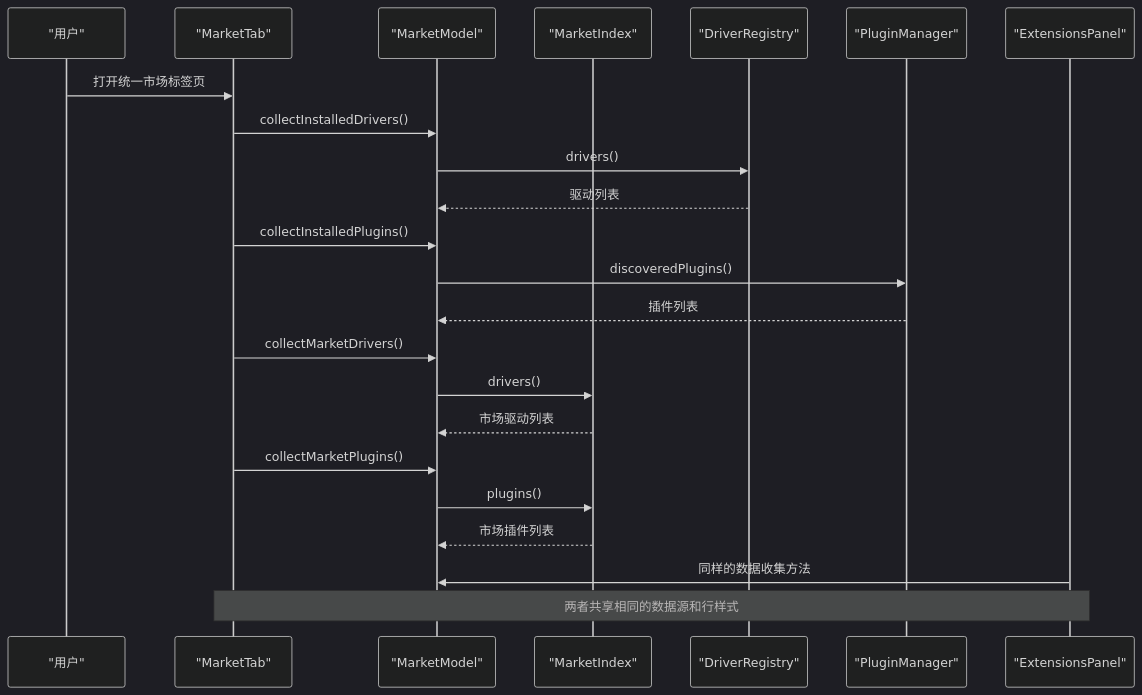
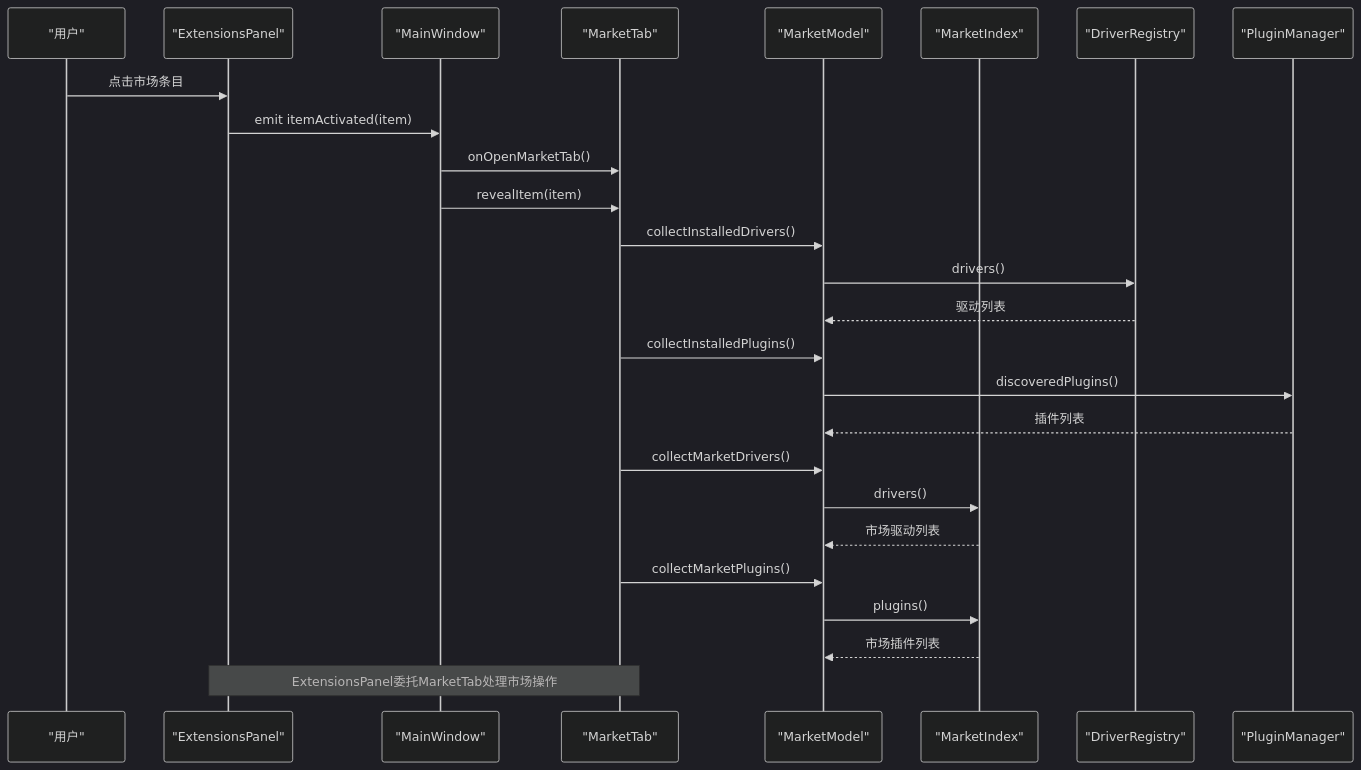
The second of 3 diagrams in .qoder/repowiki/zh/content/架构设计/UI系统设计/统一市场标签页系统.md (jakecai1225-design/OpenBus), drawn with Mermaid (dark theme) before and after one commit. The commit also changed other lines of this file and 92 other files, not shown here.

````diff
--- a/.qoder/repowiki/zh/content/架构设计/UI系统设计/统一市场标签页系统.md
+++ b/.qoder/repowiki/zh/content/架构设计/UI系统设计/统一市场标签页系统.md
@@ -129,25 +134,28 @@
 ```mermaid
 sequenceDiagram
 participant U as "用户"
+participant EP as "ExtensionsPanel"
+participant MW as "MainWindow"
 participant MT as "MarketTab"
 participant MM as "MarketModel"
 participant MI as "MarketIndex"
 participant DR as "DriverRegistry"
 participant PM as "PluginManager"
-participant EP as "ExtensionsPanel"
-U->>MT : 打开统一市场标签页
+U->>EP : 点击市场条目
+EP->>MW : emit itemActivated(item)
+MW->>MT : onOpenMarketTab()
+MW->>MT : revealItem(item)
 MT->>MM : collectInstalledDrivers()
 MM->>DR : drivers()
 DR-->>MM : 驱动列表
 MT->>MM : collectInstalledPlugins()
 MM->>PM : discoveredPlugins()
 PM-->>MM : 插件列表
 MT->>MM : collectMarketDrivers()
 MM->>MI : drivers()
 MI-->>MM : 市场驱动列表
 MT->>MM : collectMarketPlugins()
 MM->>MI : plugins()
 MI-->>MM : 市场插件列表
-EP->>MM : 同样的数据收集方法
-Note over MT,EP : 两者共享相同的数据源和行样式
+Note over EP,MT : ExtensionsPanel委托MarketTab处理市场操作
 ```
````
